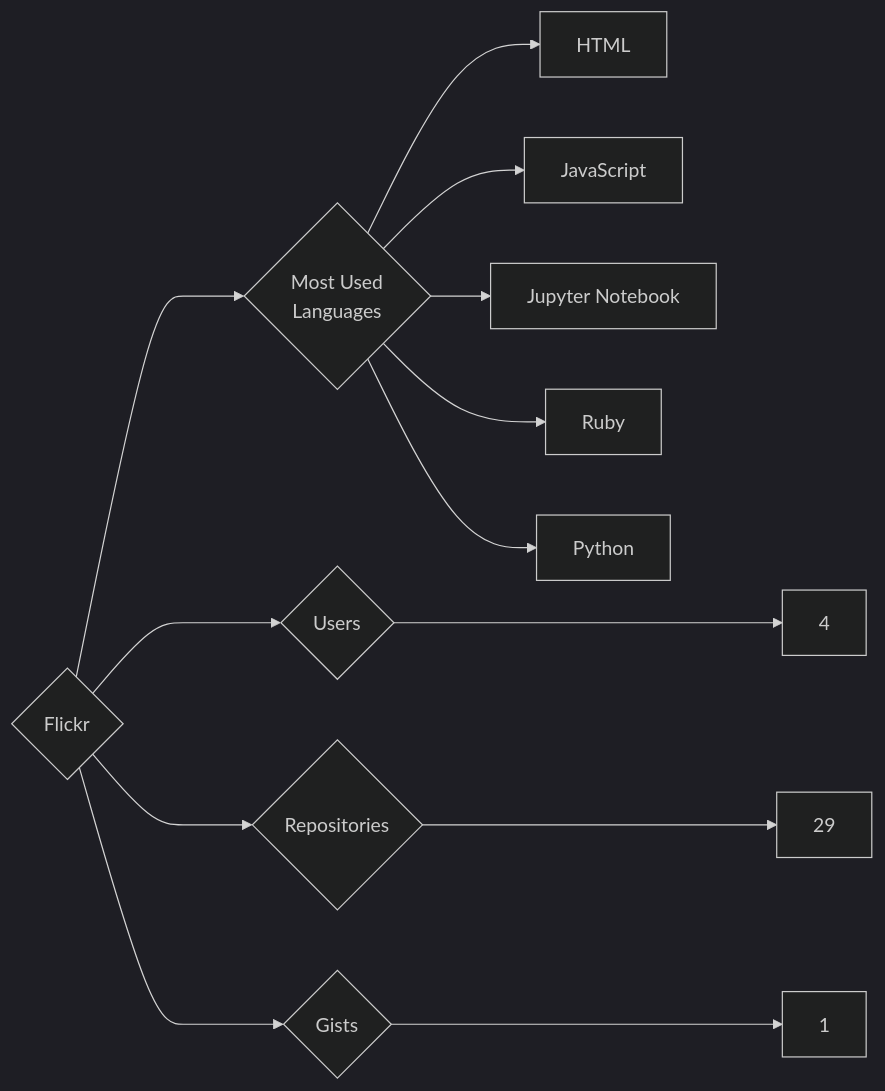
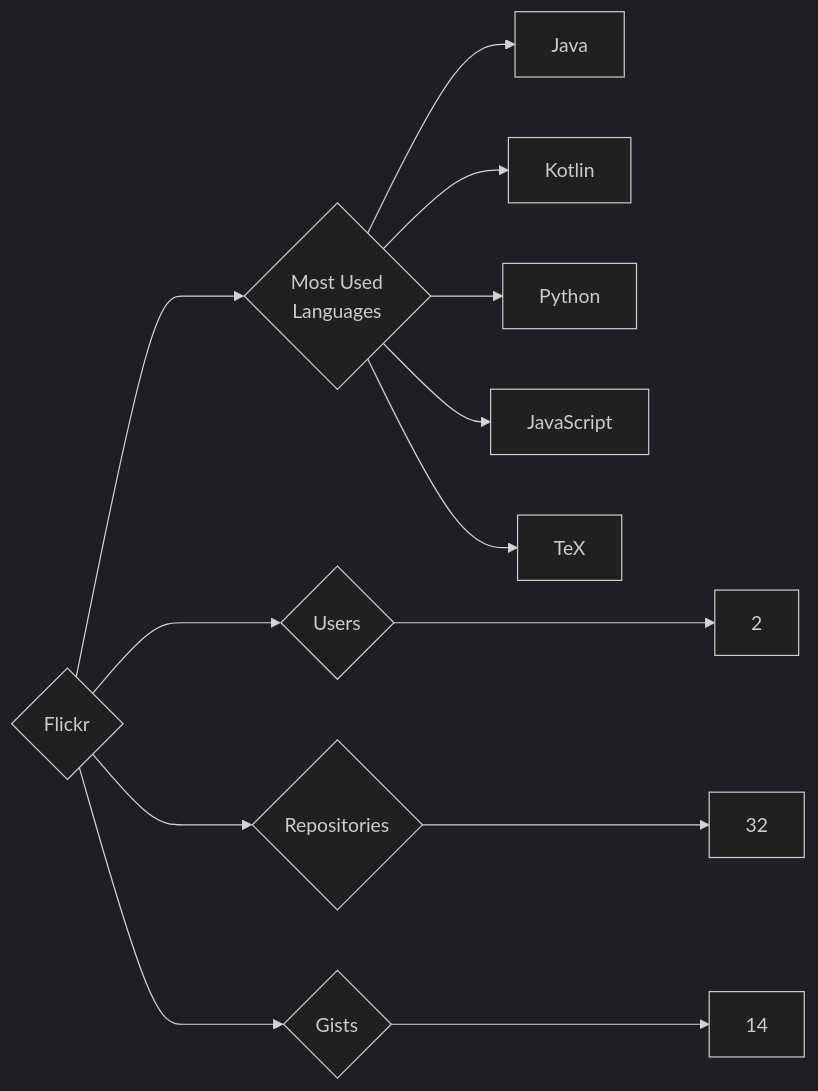
One commit to trickest/insiders changed the diagram in targets/Flickr/README.md. Above: the diagram before and after it, drawn with Mermaid (dark theme). The commit also changed 1084 other files, not shown here.

````diff
--- a/targets/Flickr/README.md
+++ b/targets/Flickr/README.md
@@ -3,13 +3,13 @@
 ```mermaid
 graph LR
 COMPANY_NAME{Flickr}
-COMPANY_NAME ---> U{Users} ---> UN[4]
-COMPANY_NAME ---> R{Repositories} ---> RN[29]
-COMPANY_NAME ---> G{Gists} ---> GN[1]
+COMPANY_NAME ---> U{Users} ---> UN[2]
+COMPANY_NAME ---> R{Repositories} ---> RN[32]
+COMPANY_NAME ---> G{Gists} ---> GN[14]
 COMPANY_NAME ---> ML{Most Used<br>Languages}
-ML --> HTML[HTML]
+ML --> Java[Java]
+ML --> Kotlin[Kotlin]
+ML --> Python[Python]
 ML --> JavaScript[JavaScript]
-ML --> Jupyter_Notebook[Jupyter Notebook]
-ML --> Ruby[Ruby]
-ML --> Python[Python]
+ML --> TeX[TeX]
 ```
````
